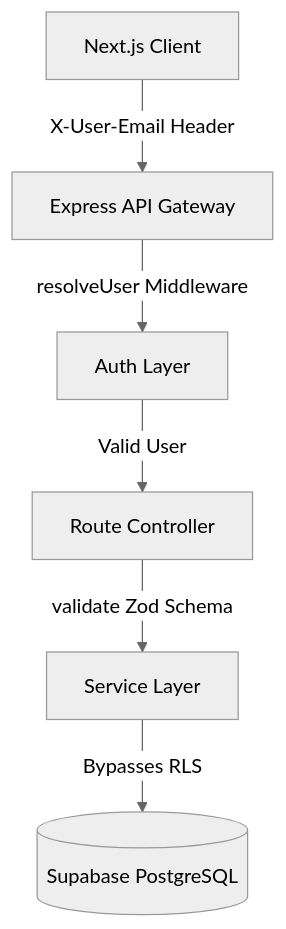
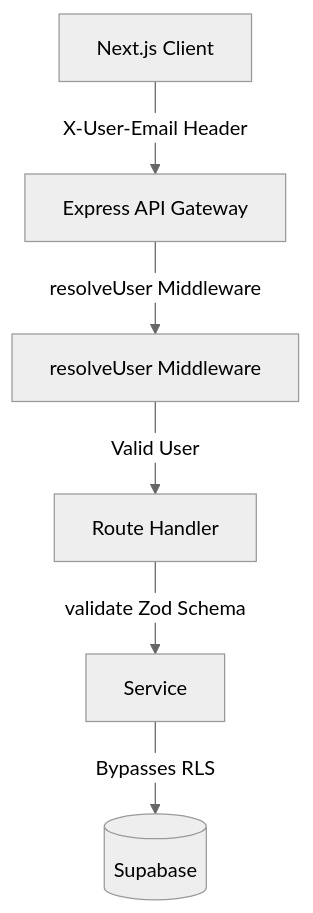
Before and after one commit to gangesh-kr/ajaia-frontend: the diagram in ARCHITECTURE.md, drawn with Mermaid (neutral theme). The commit also changed 2 other files, not shown here.

Commit message:
Update checklist deliverables, mermaid diagram node labels, and sharing test descriptions

````diff
--- a/ARCHITECTURE.md
+++ b/ARCHITECTURE.md
@@ -9,8 +9,8 @@
 ```mermaid
 graph TD
     Client[Next.js Client] -->|X-User-Email Header| API[Express API Gateway]
-    API -->|resolveUser Middleware| Auth[Auth Layer]
-    Auth -->|Valid User| Route[Route Controller]
-    Route -->|validate Zod Schema| Services[Service Layer]
-    Services -->|Bypasses RLS| DB[(Supabase PostgreSQL)]
+    API -->|resolveUser Middleware| Auth[resolveUser Middleware]
+    Auth -->|Valid User| Route[Route Handler]
+    Route -->|validate Zod Schema| Services[Service]
+    Services -->|Bypasses RLS| DB[(Supabase)]
 ```
````
